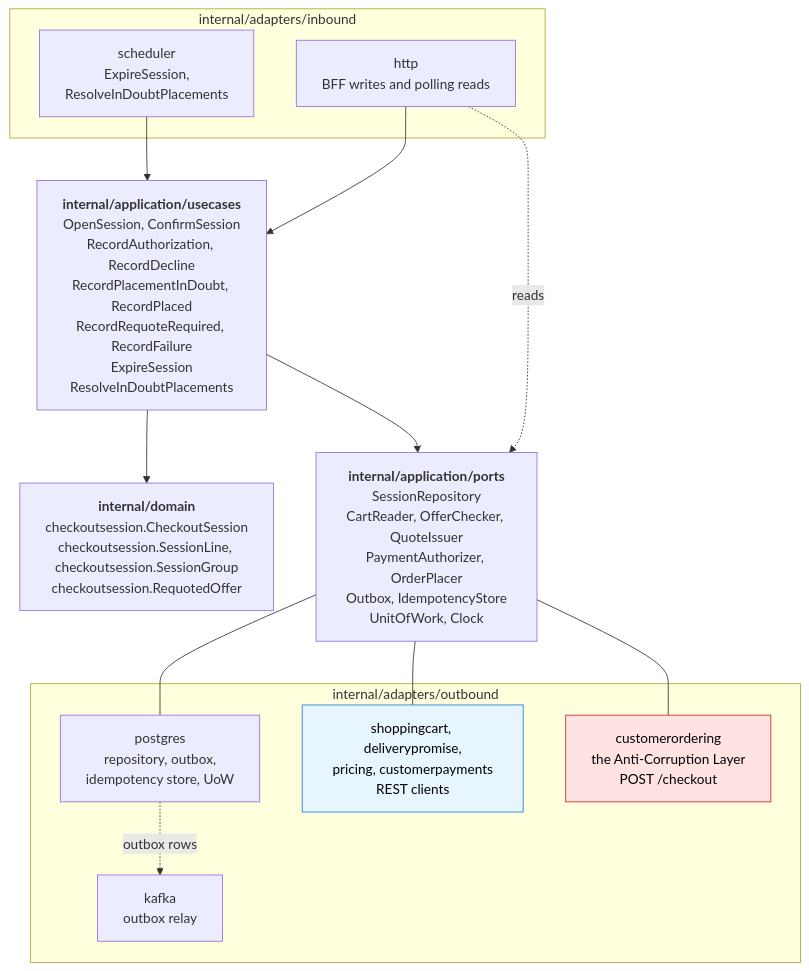
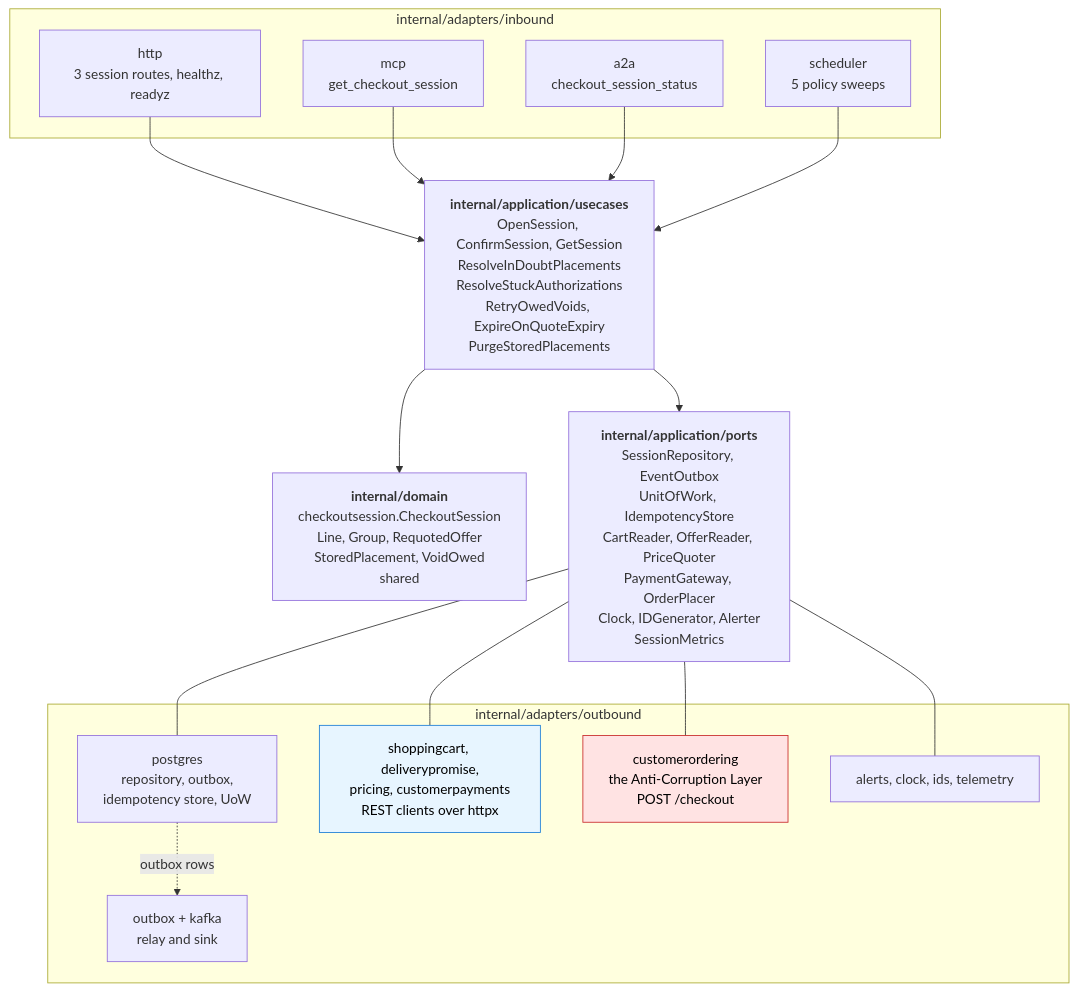
One commit to IQVO/checkout changed the fifth of 5 diagrams in docs/docs/ddd/class-diagram.md. Above: the diagram before and after it, drawn with Mermaid. The commit also changed other lines of this file and 8 other files, not shown here.

````diff
--- a/docs/docs/ddd/class-diagram.md
+++ b/docs/docs/ddd/class-diagram.md
@@ -198,30 +259,35 @@
 ```mermaid
 flowchart TB
     subgraph IN["internal/adapters/inbound"]
-        HTTP["http<br/>BFF writes and polling reads"]
-        SCH["scheduler<br/>ExpireSession,<br/>ResolveInDoubtPlacements"]
+        HTTP["http<br/>3 session routes, healthz, readyz"]
+        MCP["mcp<br/>get_checkout_session"]
+        A2A["a2a<br/>checkout_session_status"]
+        SCH["scheduler<br/>5 policy sweeps"]
     end
-    APP["<b>internal/application/usecases</b><br/>OpenSession, ConfirmSession<br/>RecordAuthorization, RecordDecline<br/>RecordPlacementInDoubt, RecordPlaced<br/>RecordRequoteRequired, RecordFailure<br/>ExpireSession<br/>ResolveInDoubtPlacements"]
-    DOM["<b>internal/domain</b><br/>checkoutsession.CheckoutSession<br/>checkoutsession.SessionLine, checkoutsession.SessionGroup<br/>checkoutsession.RequotedOffer"]
-    PORTS["<b>internal/application/ports</b><br/>SessionRepository<br/>CartReader, OfferChecker, QuoteIssuer<br/>PaymentAuthorizer, OrderPlacer<br/>Outbox, IdempotencyStore<br/>UnitOfWork, Clock"]
+    APP["<b>internal/application/usecases</b><br/>OpenSession, ConfirmSession, GetSession<br/>ResolveInDoubtPlacements<br/>ResolveStuckAuthorizations<br/>RetryOwedVoids, ExpireOnQuoteExpiry<br/>PurgeStoredPlacements"]
+    DOM["<b>internal/domain</b><br/>checkoutsession.CheckoutSession<br/>Line, Group, RequotedOffer<br/>StoredPlacement, VoidOwed<br/>shared"]
+    PORTS["<b>internal/application/ports</b><br/>SessionRepository, EventOutbox<br/>UnitOfWork, IdempotencyStore<br/>CartReader, OfferReader, PriceQuoter<br/>PaymentGateway, OrderPlacer<br/>Clock, IDGenerator, Alerter<br/>SessionMetrics"]
     subgraph OUT["internal/adapters/outbound"]
         A1["postgres<br/>repository, outbox,<br/>idempotency store, UoW"]
-        A2["kafka<br/>outbox relay"]
-        A3["shoppingcart, deliverypromise,<br/>pricing, customerpayments<br/>REST clients"]
+        A2["outbox + kafka<br/>relay and sink"]
+        A3["shoppingcart, deliverypromise,<br/>pricing, customerpayments<br/>REST clients over httpx"]
         A4["customerordering<br/>the Anti-Corruption Layer<br/>POST /checkout"]
+        A5["alerts, clock, ids, telemetry"]
     end
     HTTP --> APP
+    MCP --> APP
+    A2A --> APP
     SCH --> APP
-    HTTP -. reads .-> PORTS
     APP --> DOM
     APP --> PORTS
     PORTS --- A1
     PORTS --- A3
     PORTS --- A4
+    PORTS --- A5
     A1 -. outbox rows .-> A2
 
     classDef outblue fill:#e7f5ff,stroke:#1c7ed6,color:#000
     classDef acl fill:#ffe3e3,stroke:#c92a2a,color:#000
     class A3 outblue
     class A4 acl
 ```
````
